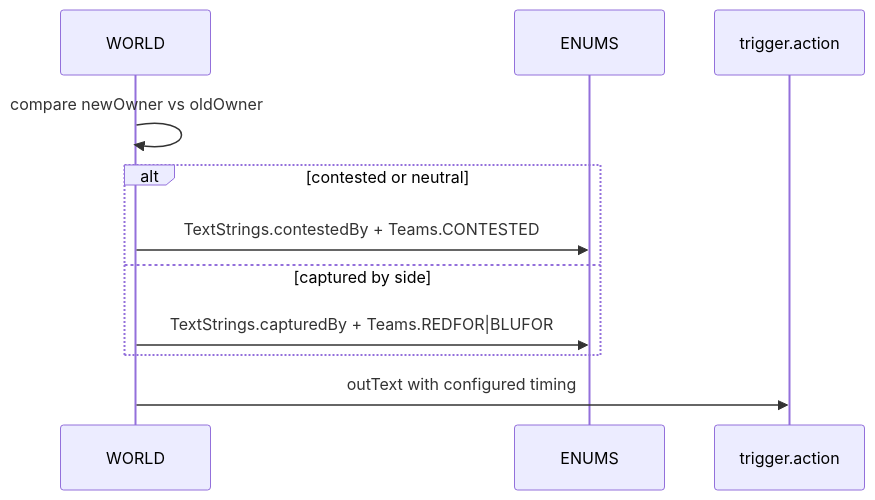
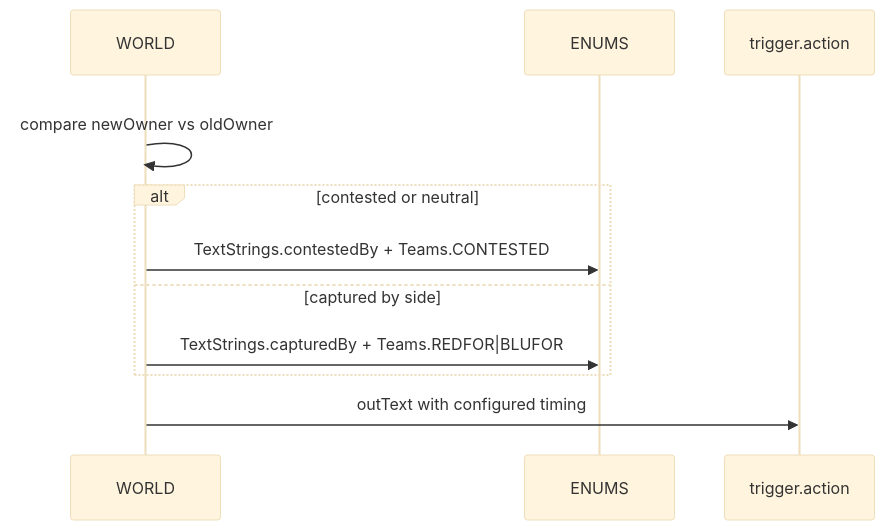
Before and after one commit to Gh0st352/AETHR: the third of 3 diagrams in docs/enums/coalition_and_text.md, drawn with Mermaid. The commit also changed other lines of this file and 7 other files, not shown here.

First line of the commit message:
docs(enums): add structured mermaid styling and subgraphs

````diff
--- a/docs/enums/coalition_and_text.md
+++ b/docs/enums/coalition_and_text.md
@@ -53,13 +95,17 @@
 ```mermaid
+%%{init: {"theme":"base"}}%%
 sequenceDiagram
   participant W as WORLD
   participant EN as ENUMS
   participant T as trigger.action
-  W->>W: compare newOwner vs oldOwner
-  alt contested or neutral
-    W->>EN: TextStrings.contestedBy + Teams.CONTESTED
-  else captured by side
-    W->>EN: TextStrings.capturedBy + Teams.REDFOR|BLUFOR
+
+  rect rgba(255, 255, 255, 0.75)
+    W->>W: compare newOwner vs oldOwner
+    alt contested or neutral
+      W->>EN: TextStrings.contestedBy + Teams.CONTESTED
+    else captured by side
+      W->>EN: TextStrings.capturedBy + Teams.REDFOR|BLUFOR
+    end
+    W->>T: outText with configured timing
   end
-  W->>T: outText with configured timing
 ```
````
